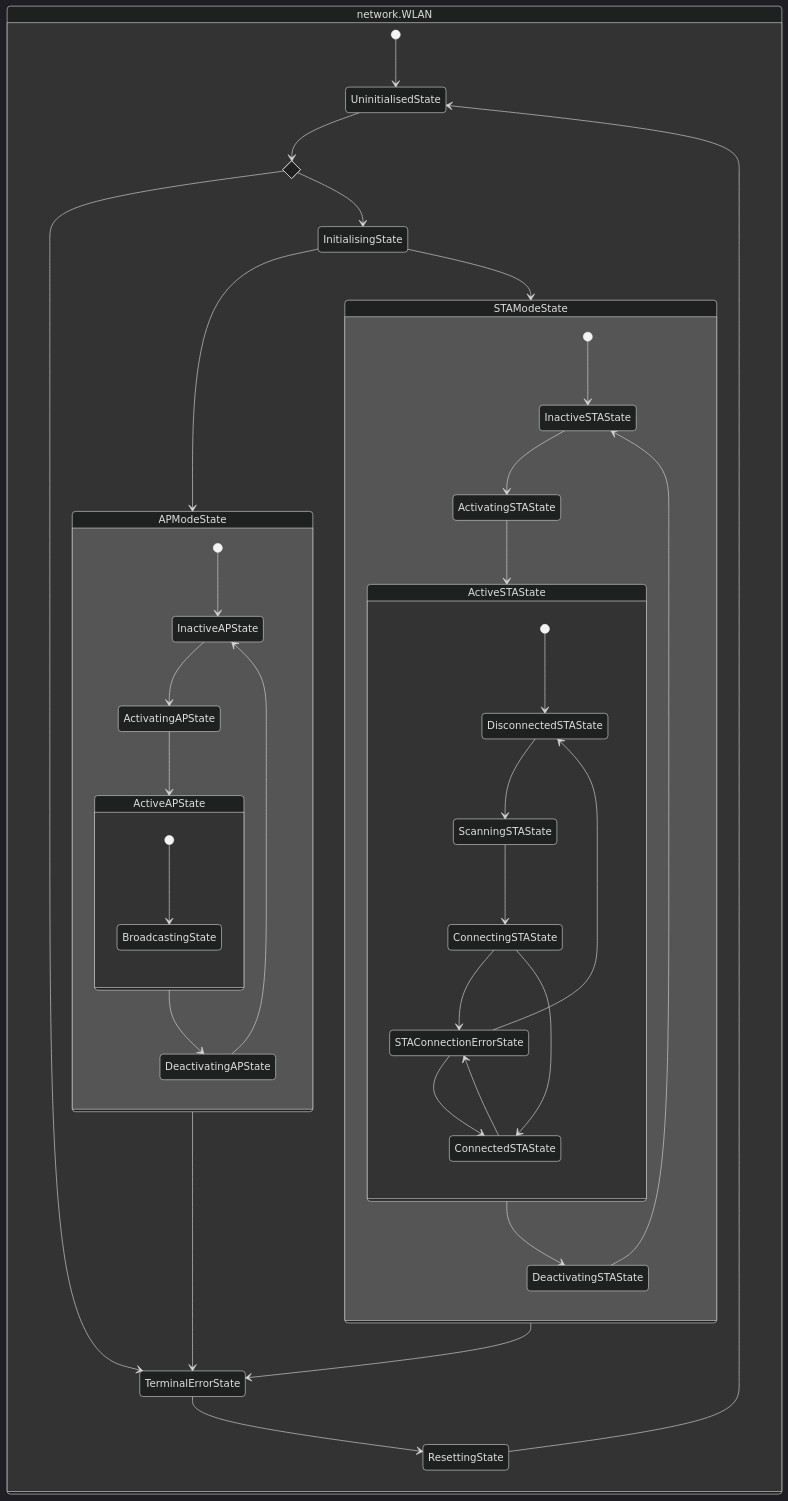
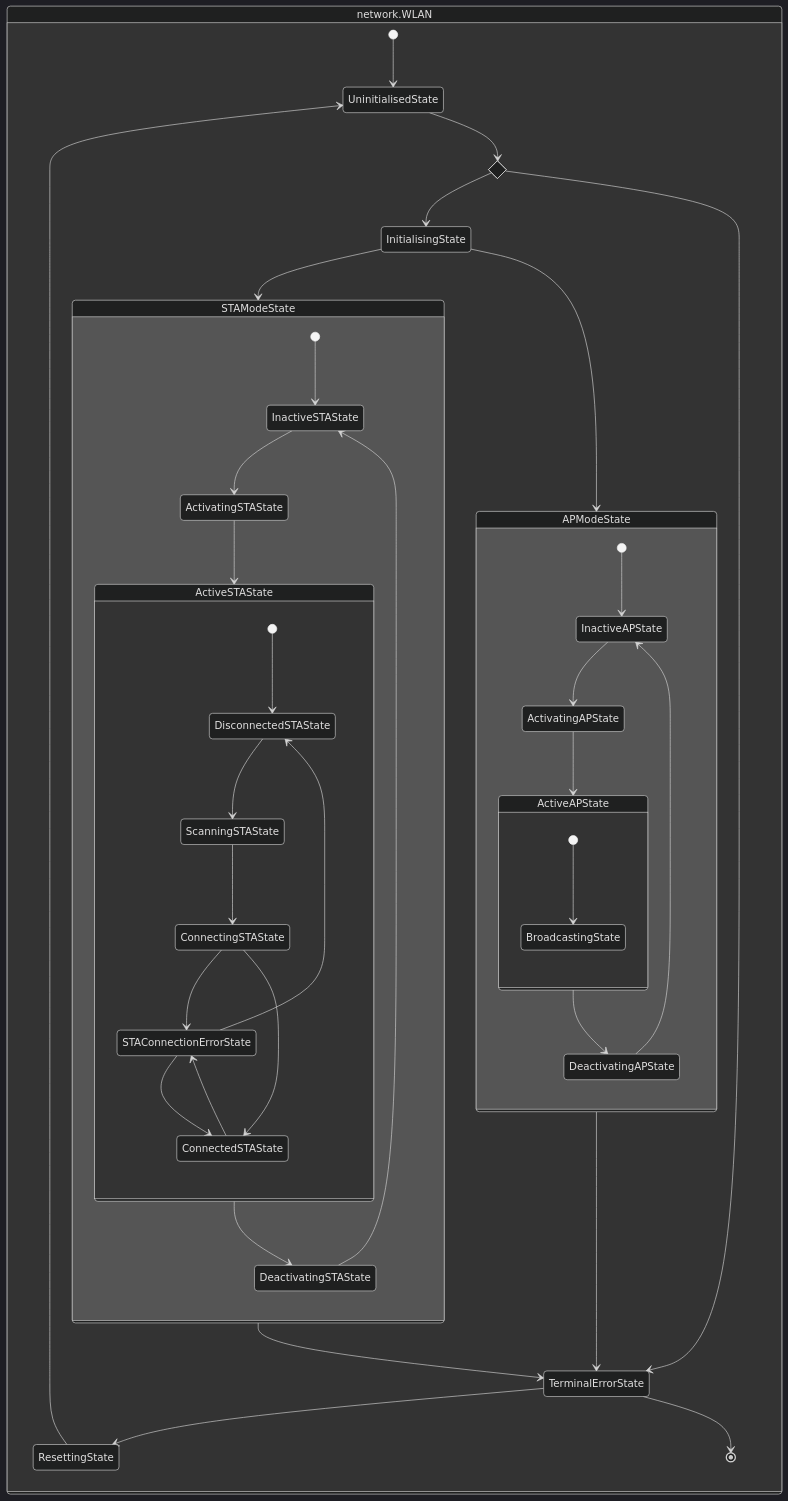
One commit to andyrids/micropython-networkutils changed the diagram in README.md. Above: the diagram before and after it, drawn with Mermaid (dark theme). The commit also changed other lines of this file and 8 other files, not shown here.

````diff
--- a/README.md
+++ b/README.md
@@ -13,50 +15,51 @@
 ```mermaid
 stateDiagram-v2
   direction TB
   state network.WLAN {
     direction TB
     [*] --> UninitialisedState
     state WLANModeChoiceState <<choice>>
 
     UninitialisedState --> WLANModeChoiceState
     WLANModeChoiceState --> TerminalErrorState
     WLANModeChoiceState --> InitialisingState
     InitialisingState --> APModeState
     InitialisingState --> STAModeState
     APModeState --> TerminalErrorState
     STAModeState --> TerminalErrorState
     TerminalErrorState --> ResettingState
+    TerminalErrorState --> [*]
     ResettingState --> UninitialisedState
 
     state APModeState {
       direction TB
       [*] --> InactiveAPState
       InactiveAPState --> ActivatingAPState
       ActivatingAPState --> ActiveAPState
       ActiveAPState --> DeactivatingAPState
       DeactivatingAPState --> InactiveAPState
       state ActiveAPState {
         direction TB
         [*] --> BroadcastingState
       }
     }
     state STAModeState {
       direction TB
       [*] --> InactiveSTAState
       InactiveSTAState --> ActivatingSTAState
       ActivatingSTAState --> ActiveSTAState
       ActiveSTAState --> DeactivatingSTAState
       DeactivatingSTAState --> InactiveSTAState
       state ActiveSTAState {
         [*] --> DisconnectedSTAState
         DisconnectedSTAState --> ScanningSTAState
         ScanningSTAState --> ConnectingSTAState
         ConnectingSTAState --> STAConnectionErrorState
         STAConnectionErrorState --> DisconnectedSTAState
         STAConnectionErrorState --> ConnectedSTAState
         ConnectingSTAState --> ConnectedSTAState
         ConnectedSTAState --> STAConnectionErrorState
       }
     }
   }
 ```
````
